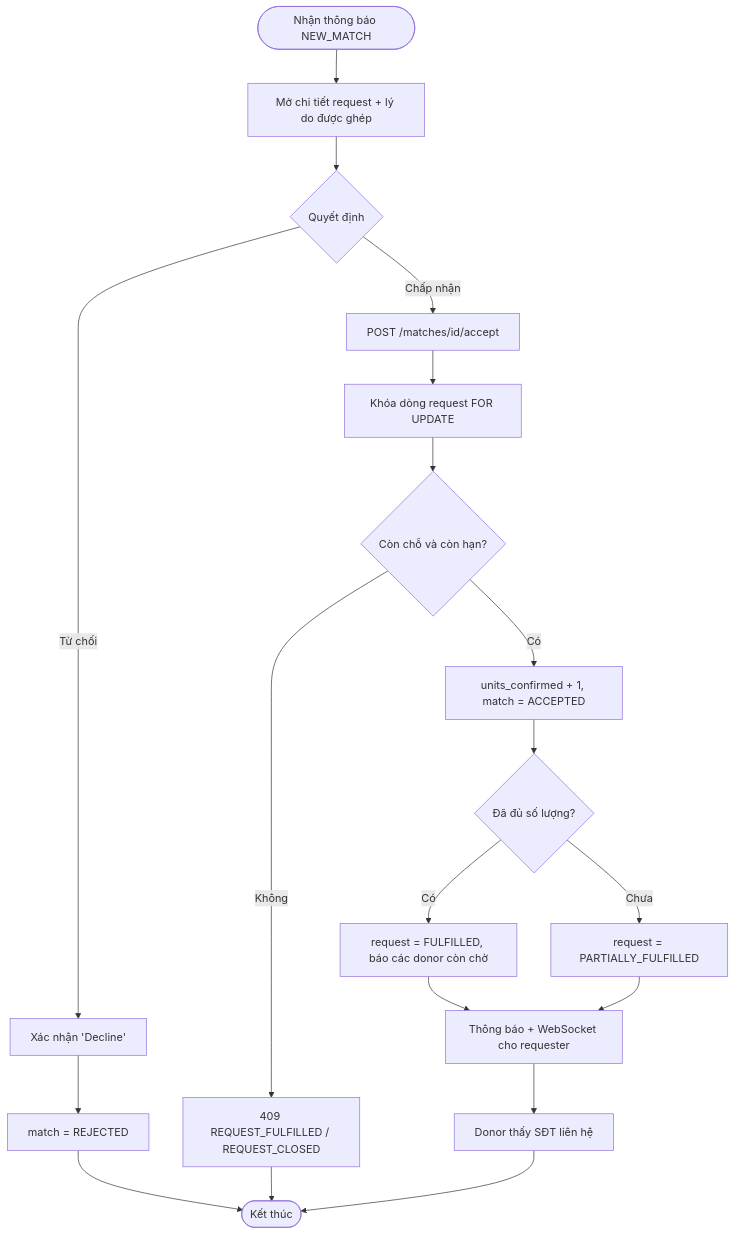
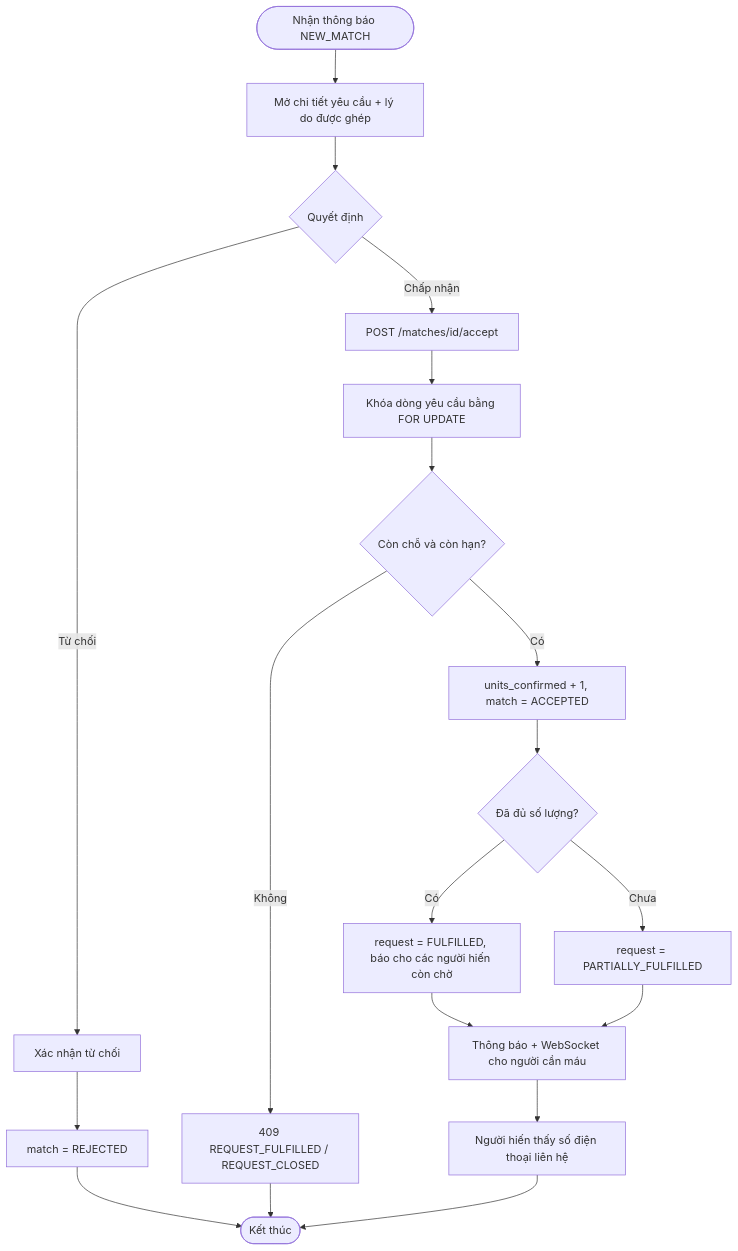
Before and after one commit to nhungoc260/lifely_demo: the eighth of 9 diagrams in docs/ARCHITECTURE.md, drawn with Mermaid. The commit also changed other lines of this file, not shown here.

First line of the commit message:
Revise architecture and ERD sections with translations

````diff
--- a/docs/ARCHITECTURE.md
+++ b/docs/ARCHITECTURE.md
@@ -185,17 +195,17 @@
 ```mermaid
 flowchart TD
-  A([Nhận thông báo NEW_MATCH]) --> B[Mở chi tiết request + lý do được ghép]
-  B --> C{Quyết định}
-  C -- Từ chối --> D[Xác nhận 'Decline'] --> E[match = REJECTED] --> Z([Kết thúc])
-  C -- Chấp nhận --> F[POST /matches/id/accept]
-  F --> G[Khóa dòng request FOR UPDATE]
-  G --> H{Còn chỗ và còn hạn?}
-  H -- Không --> I[409 REQUEST_FULFILLED / REQUEST_CLOSED] --> Z
-  H -- Có --> J[units_confirmed + 1, match = ACCEPTED]
-  J --> K{Đã đủ số lượng?}
-  K -- Có --> L[request = FULFILLED, báo các donor còn chờ]
-  K -- Chưa --> M[request = PARTIALLY_FULFILLED]
-  L --> N[Thông báo + WebSocket cho requester]
+  A(["Nhận thông báo NEW_MATCH"]) --> B["Mở chi tiết yêu cầu + lý do được ghép"]
+  B --> C{"Quyết định"}
+  C -- "Từ chối" --> D["Xác nhận từ chối"] --> E["match = REJECTED"] --> Z(["Kết thúc"])
+  C -- "Chấp nhận" --> F["POST /matches/id/accept"]
+  F --> G["Khóa dòng yêu cầu bằng FOR UPDATE"]
+  G --> H{"Còn chỗ và còn hạn?"}
+  H -- "Không" --> I["409 REQUEST_FULFILLED / REQUEST_CLOSED"] --> Z
+  H -- "Có" --> J["units_confirmed + 1, match = ACCEPTED"]
+  J --> K{"Đã đủ số lượng?"}
+  K -- "Có" --> L["request = FULFILLED, báo cho các người hiến còn chờ"]
+  K -- "Chưa" --> M["request = PARTIALLY_FULFILLED"]
+  L --> N["Thông báo + WebSocket cho người cần máu"]
   M --> N
-  N --> O[Donor thấy SĐT liên hệ] --> Z
+  N --> O["Người hiến thấy số điện thoại liên hệ"] --> Z
 ```
````
